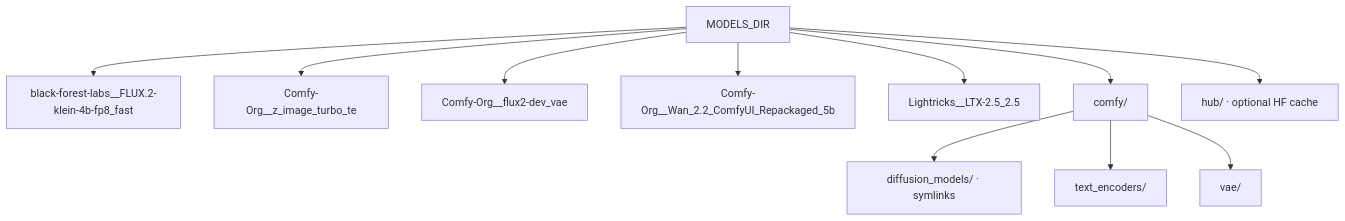
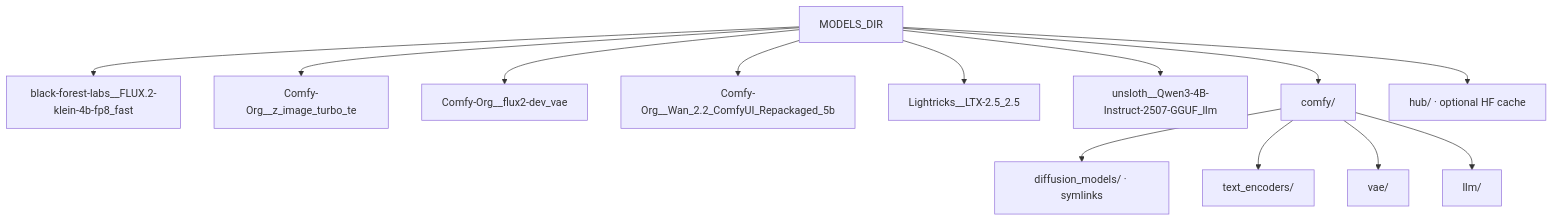
The first of 4 diagrams in docs/models-and-cache.md (toxicoder/ez-comfy-stack), drawn with Mermaid before and after one commit. The commit also changed other lines of this file and 80 other files, not shown here.

````diff
--- a/docs/models-and-cache.md
+++ b/docs/models-and-cache.md
@@ -86,14 +88,16 @@
 ```mermaid
 flowchart TB
   Root["MODELS_DIR"]
   Root --> Klein["black-forest-labs__FLUX.2-klein-4b-fp8_fast"]
   Root --> TE["Comfy-Org__z_image_turbo_te"]
   Root --> VAE["Comfy-Org__flux2-dev_vae"]
   Root --> Wan["Comfy-Org__Wan_2.2_ComfyUI_Repackaged_5b"]
   Root --> Ltx["Lightricks__LTX-2.5_2.5"]
+  Root --> Llm["unsloth__Qwen3-4B-Instruct-2507-GGUF_llm"]
   Root --> Comfy["comfy/"]
   Root --> Hub["hub/ · optional HF cache"]
   Comfy --> DM["diffusion_models/ · symlinks"]
   Comfy --> TEd["text_encoders/"]
   Comfy --> VAEd["vae/"]
+  Comfy --> LlmDir["llm/"]
 ```
````
